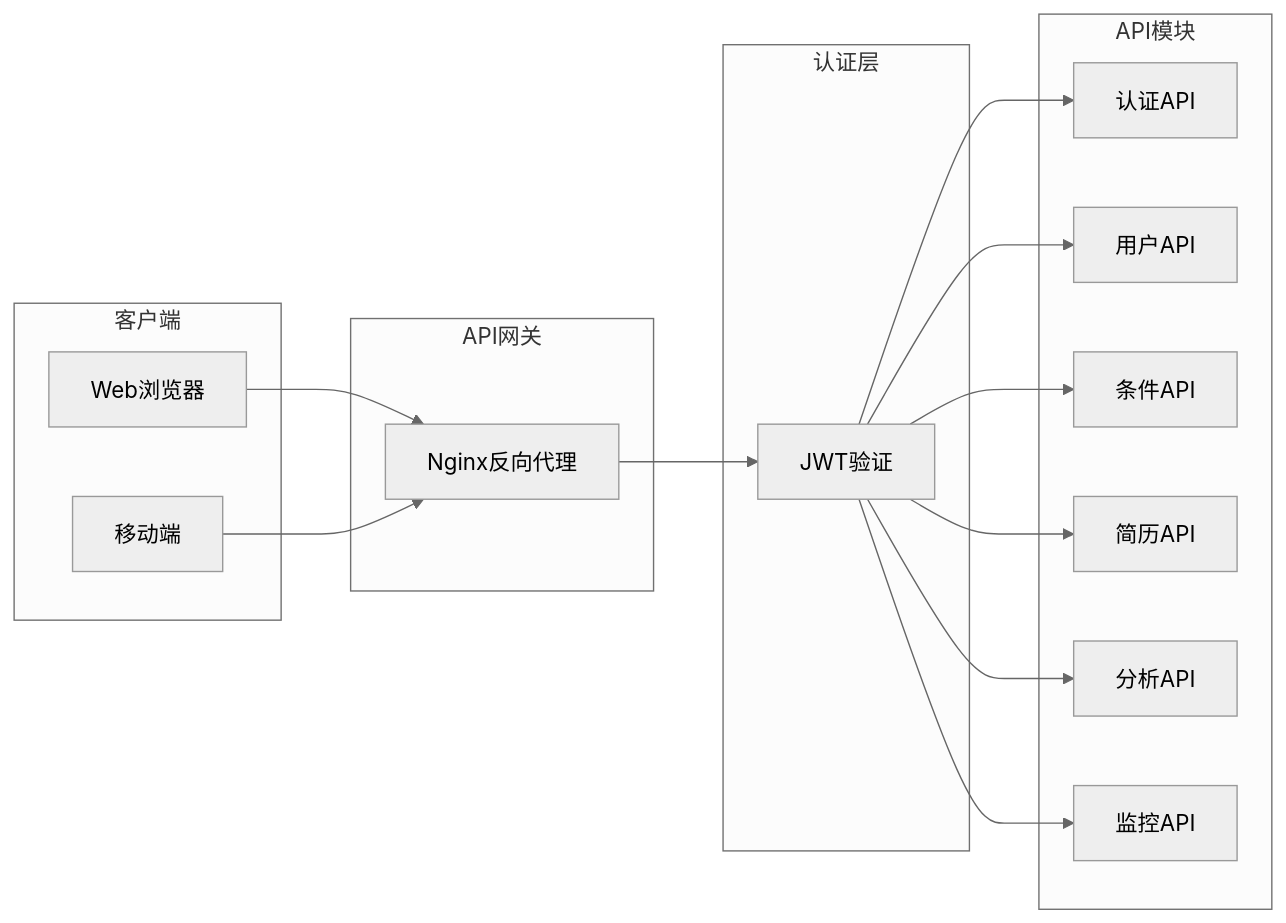
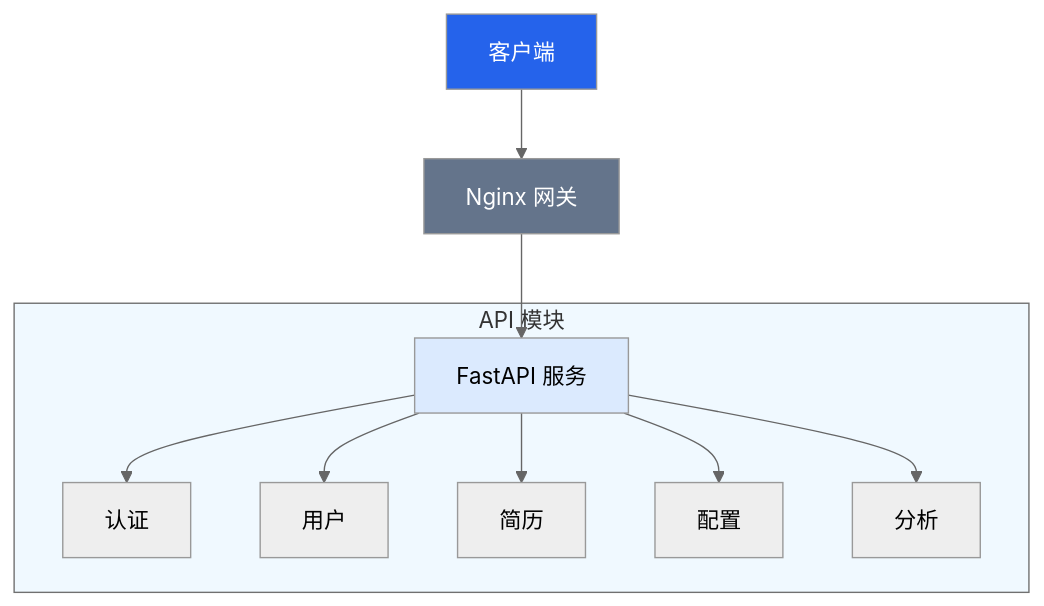
One commit to xt765/ResumeScreening changed the first of 8 diagrams in docs/api.md. Above: the diagram before and after it, drawn with Mermaid (neutral theme). The commit also changed other lines of this file and 5 other files, not shown here.

Commit message:
refactor: remove similarity score and update documentation diagrams

````diff
--- a/docs/api.md
+++ b/docs/api.md
@@ -16,27 +16,18 @@
 ```mermaid
-graph LR
-    subgraph 客户端
-        A[Web浏览器]
-        B[移动端]
+graph TD
+    Client[客户端] --> Nginx[Nginx 网关]
+    Nginx --> API[FastAPI 服务]
+    
+    subgraph Modules [API 模块]
+        API --> Auth[认证]
+        API --> User[用户]
+        API --> Resume[简历]
+        API --> Config[配置]
+        API --> Analysis[分析]
     end
     
-    subgraph API网关
-        C[Nginx反向代理]
-    end
-    
-    subgraph 认证层
-        D[JWT验证]
-    end
-    
-    subgraph API模块
-        E[认证API]
-        F[用户API]
-        G[条件API]
-        H[简历API]
-        I[分析API]
-        J[监控API]
-    end
-    
-    A --> C --> D --> E & F & G & H & I & J
-    B --> C
+    style Client fill:#2563eb,color:#fff
+    style Nginx fill:#64748b,color:#fff
+    style API fill:#dbeafe
+    style Modules fill:#f0f9ff
 ```
````
